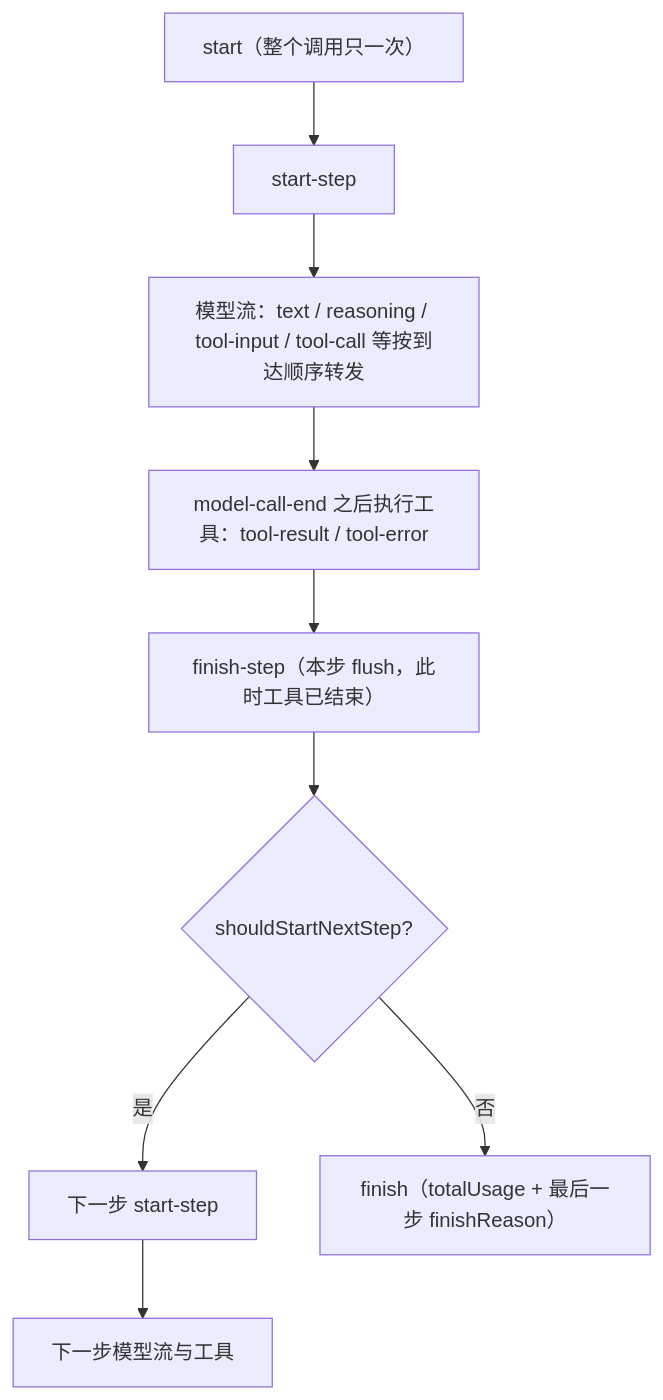
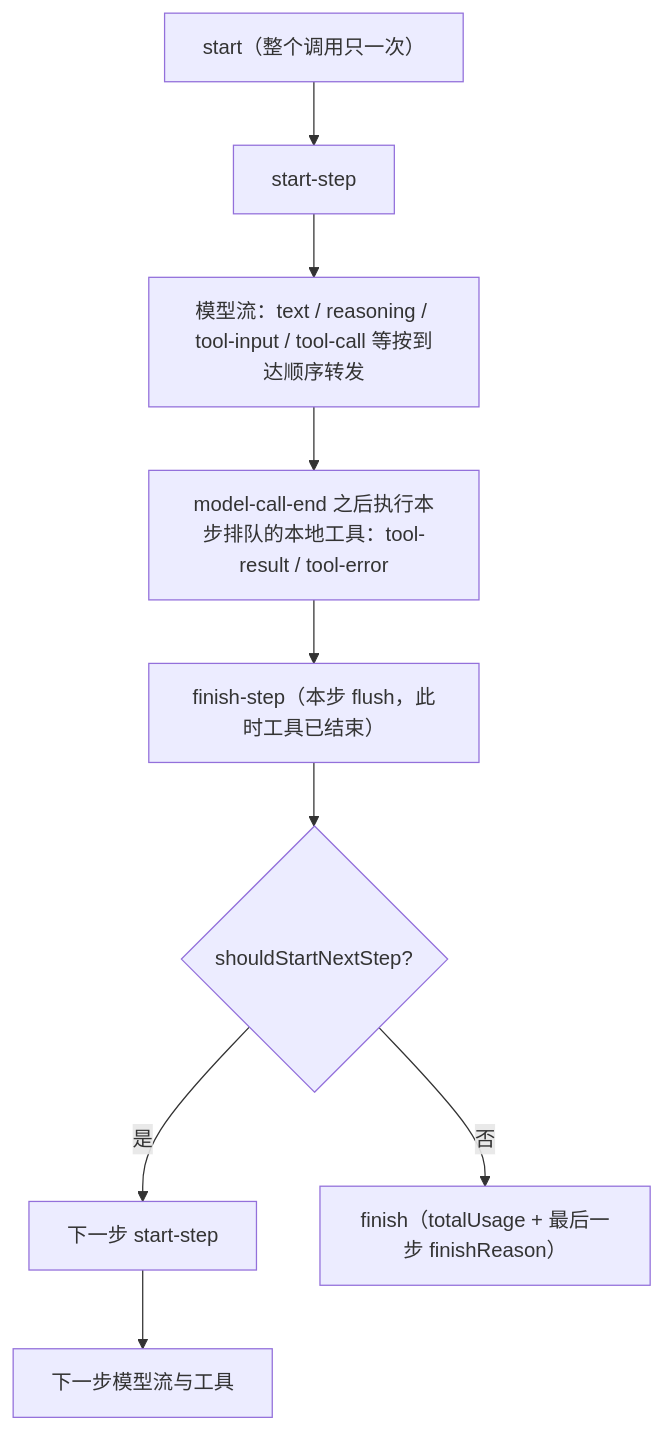
One commit to Mizxinp/agent-study changed the second of 2 diagrams in bot/source-reading/vercel-ai-sdk-streamtext-ui-stream/GUIDE.md. Above: the diagram before and after it, drawn with Mermaid. The commit also changed other lines of this file, not shown here.

````diff
--- a/bot/source-reading/vercel-ai-sdk-streamtext-ui-stream/GUIDE.md
+++ b/bot/source-reading/vercel-ai-sdk-streamtext-ui-stream/GUIDE.md
@@ -82,11 +82,11 @@
 ```mermaid
 flowchart TD
   startN["start（整个调用只一次）"] --> ss["start-step"]
   ss --> model2["模型流：text / reasoning / tool-input / tool-call 等按到达顺序转发"]
-  model2 --> tools["model-call-end 之后执行工具：tool-result / tool-error"]
+  model2 --> tools["model-call-end 之后执行本步排队的本地工具：tool-result / tool-error"]
   tools --> fs["finish-step（本步 flush，此时工具已结束）"]
   fs --> next2{"shouldStartNextStep?"}
   next2 -->|是| ss2["下一步 start-step"]
   next2 -->|否| finish2["finish（totalUsage + 最后一步 finishReason）"]
   ss2 --> model3["下一步模型流与工具"]
 ```
````
